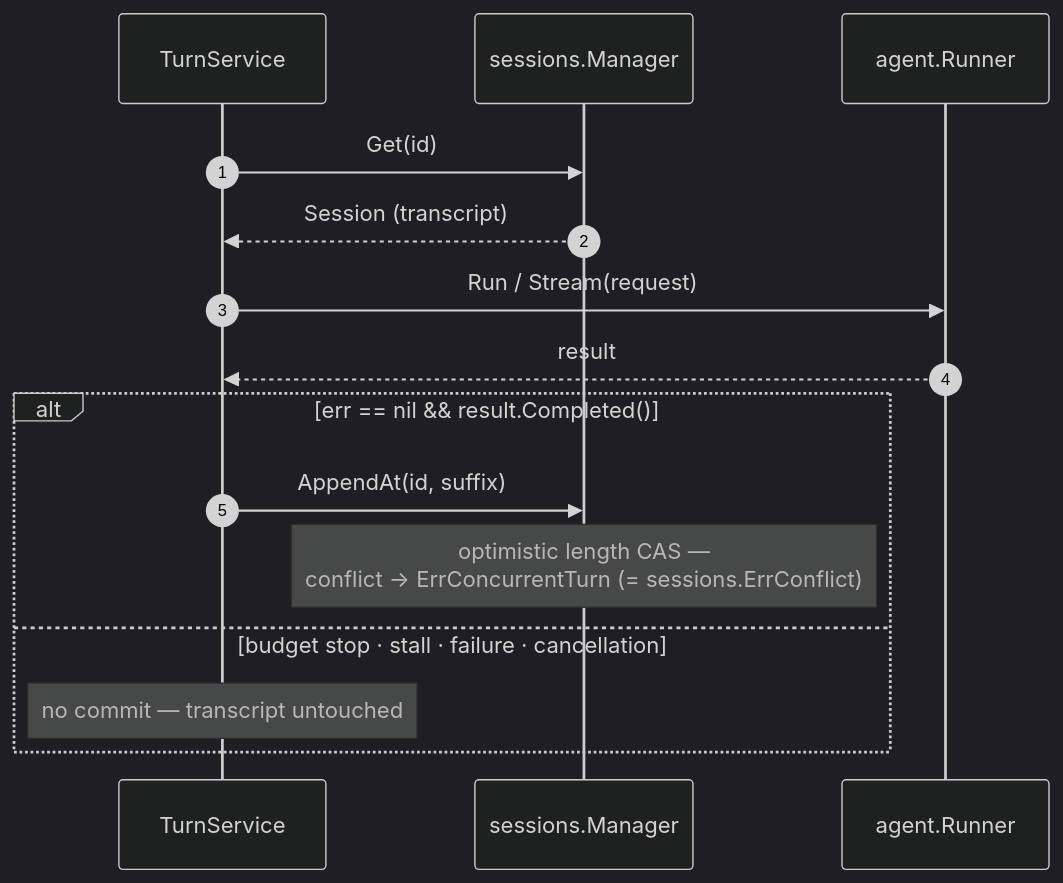
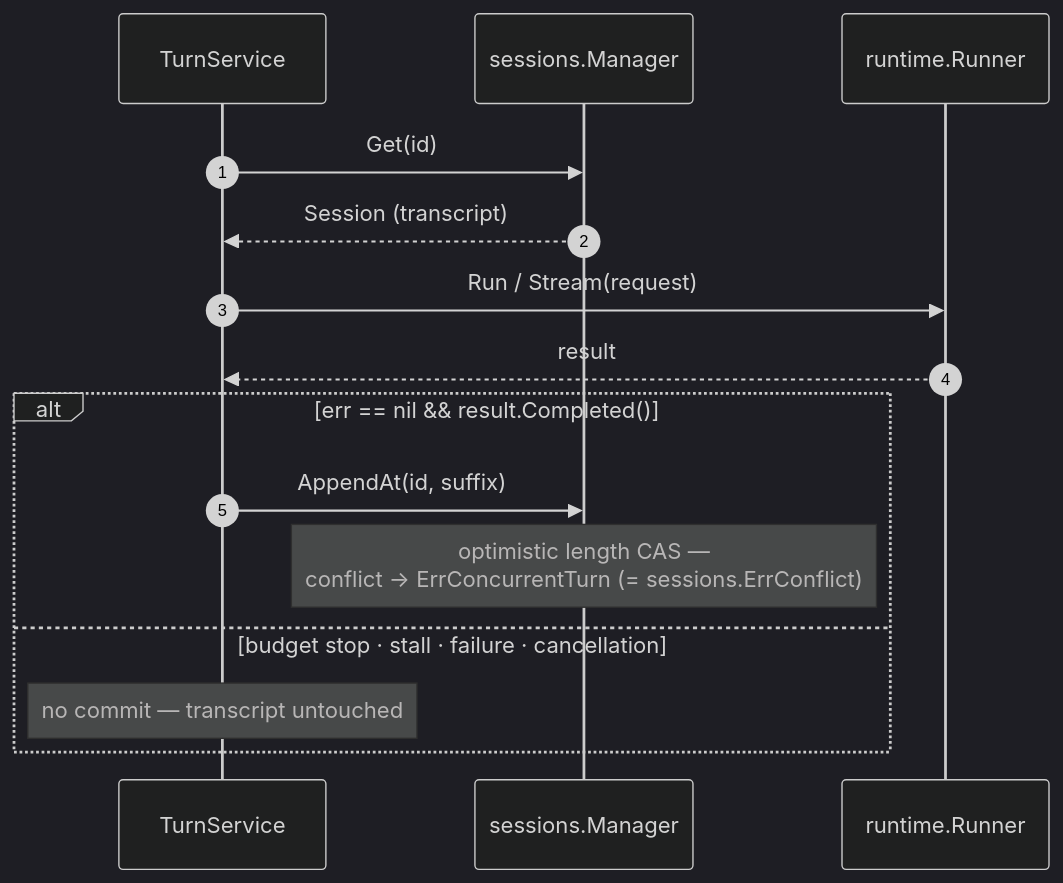
One commit to h2cone/serpe changed the third of 3 diagrams in README.md. Above: the diagram before and after it, drawn with Mermaid (dark theme). The commit also changed other lines of this file and 113 other files, not shown here.

````diff
--- a/README.md
+++ b/README.md
@@ -190,19 +191,19 @@
 ```mermaid
 sequenceDiagram
     autonumber
     participant C as TurnService
     participant S as sessions.Manager
-    participant R as agent.Runner
+    participant R as runtime.Runner
 
     C->>S: Get(id)
     S-->>C: Session (transcript)
     C->>R: Run / Stream(request)
     R-->>C: result
 
     alt err == nil && result.Completed()
         C->>S: AppendAt(id, suffix)
         Note over S: optimistic length CAS —<br/>conflict → ErrConcurrentTurn (= sessions.ErrConflict)
     else budget stop · stall · failure · cancellation
         Note over C: no commit — transcript untouched
     end
 ```
````
